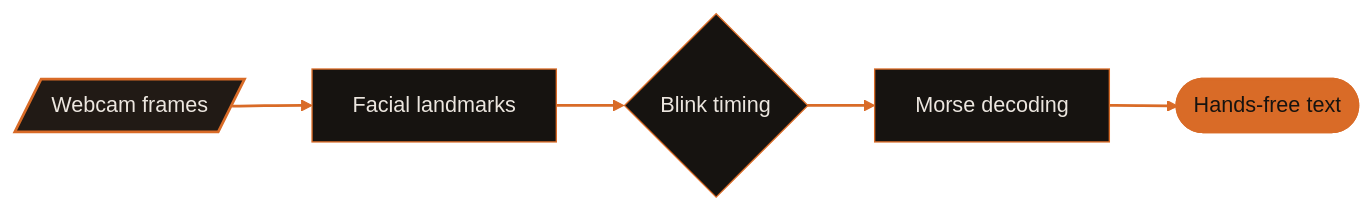
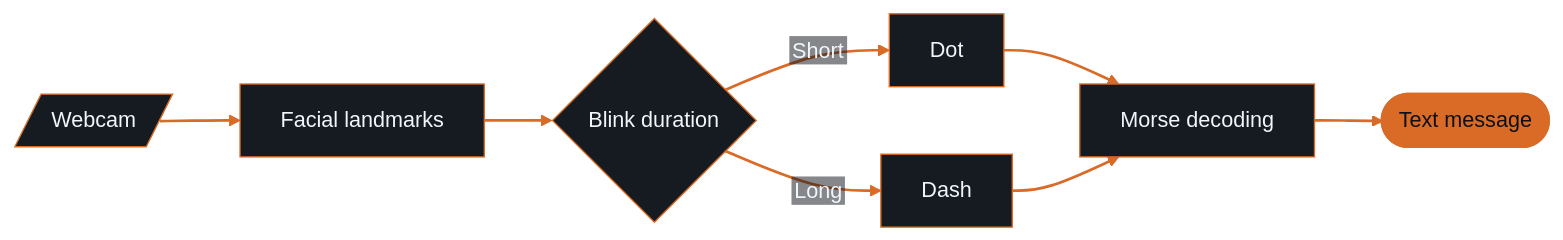
The second of 3 diagrams in README.md (Bixal99/Bixal99), drawn with Mermaid before and after one commit. The commit also changed other lines of this file, not shown here.

````diff
--- a/README.md
+++ b/README.md
@@ -184,15 +75,16 @@
 ```mermaid
-%%{init: {"theme":"base","themeVariables":{"background":"#161310","primaryColor":"#211A15","primaryTextColor":"#ECE6DF","primaryBorderColor":"#D96B27","lineColor":"#D96B27","edgeLabelBackground":"#161310","fontFamily":"monospace"},"flowchart":{"htmlLabels":false,"curve":"basis"}}}%%
+%%{init: {"theme":"base","themeVariables":{"primaryColor":"#161B22","primaryTextColor":"#F0F6FC","primaryBorderColor":"#D96B27","lineColor":"#D96B27","edgeLabelBackground":"#0D1117","fontFamily":"Arial"},"flowchart":{"htmlLabels":false,"curve":"basis"}}}%%
 flowchart LR
-    CAM[/Webcam frames/] --> FACE[Facial landmarks]
-    FACE --> BLINK{Blink timing}
-    BLINK --> MORSE[Morse decoding]
-    MORSE --> TEXT([Hands-free text])
-    classDef input fill:#211A15,stroke:#D96B27,color:#ECE6DF,stroke-width:2px
-    classDef process fill:#161310,stroke:#D96B27,color:#ECE6DF,stroke-width:1px
-    classDef output fill:#D96B27,stroke:#D96B27,color:#161310,stroke-width:2px
-    class CAM input
-    class FACE,BLINK,MORSE process
-    class TEXT output
+    CAMERA[/Webcam/] --> FACE[Facial landmarks]
+    FACE --> DURATION{Blink duration}
+    DURATION -->|Short| DOT[Dot]
+    DURATION -->|Long| DASH[Dash]
+    DOT --> DECODE[Morse decoding]
+    DASH --> DECODE
+    DECODE --> MESSAGE([Text message])
+    class CAMERA,FACE,DURATION,DOT,DASH,DECODE panel
+    class MESSAGE result
+    classDef panel fill:#161B22,stroke:#D96B27,color:#F0F6FC,stroke-width:1px
+    classDef result fill:#D96B27,stroke:#D96B27,color:#0D1117,stroke-width:2px
     linkStyle default stroke:#D96B27,stroke-width:2px
 ```
````
